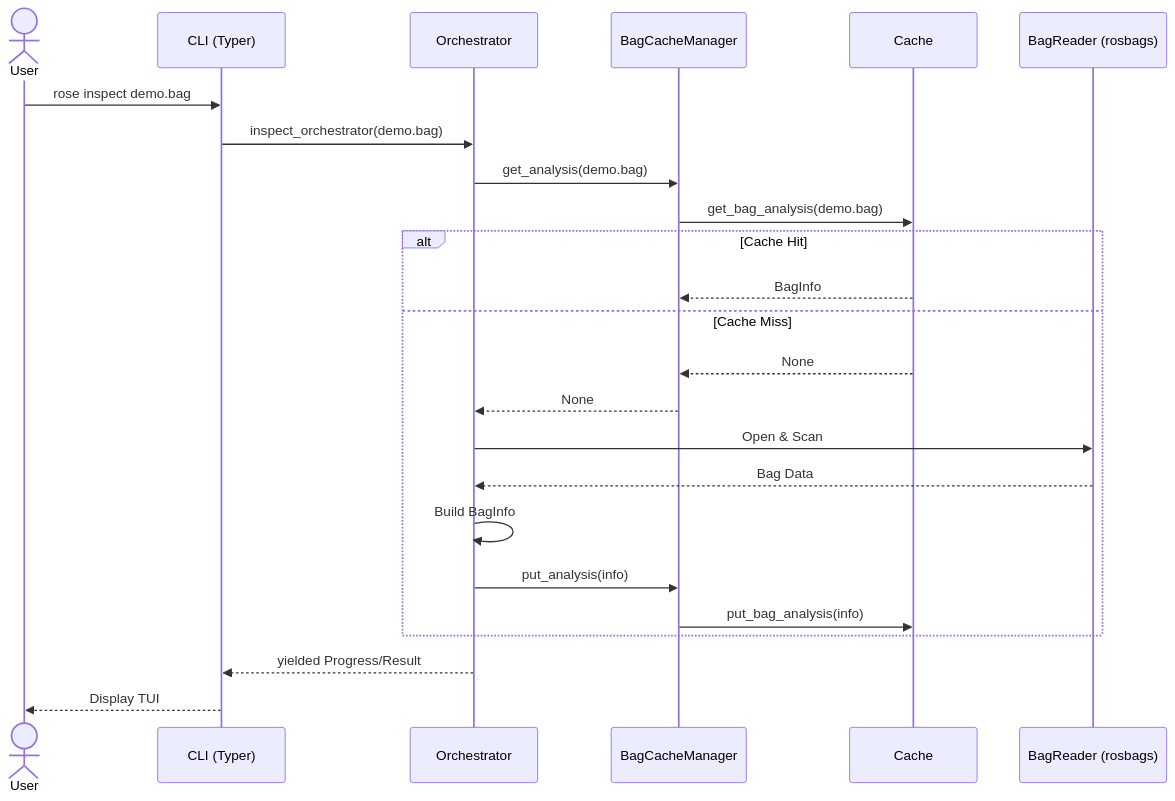
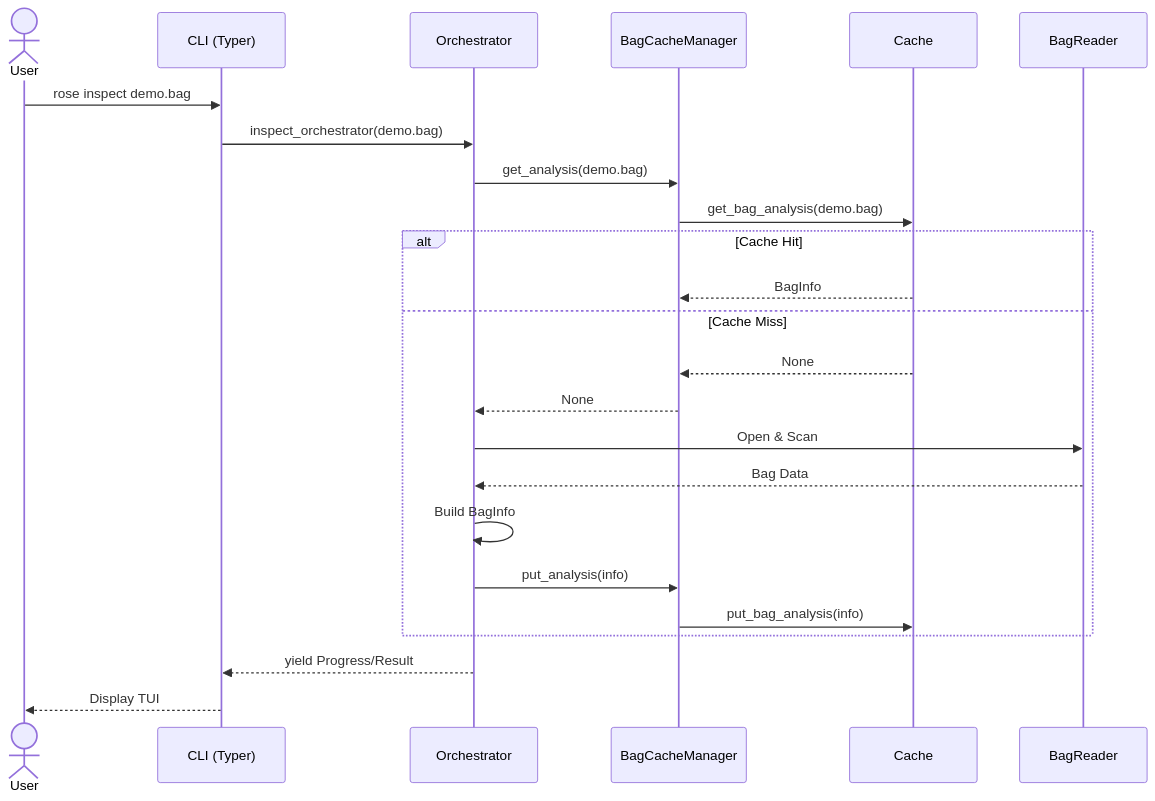
Before and after one commit to hanxiaomax/rose: the fourth of 7 diagrams in docs/design.md, drawn with Mermaid. The commit also changed other lines of this file and 5 other files, not shown here.

````diff
--- a/docs/design.md
+++ b/docs/design.md
@@ -80,29 +140,29 @@
 ```mermaid
 sequenceDiagram
     actor User
     participant CLI as CLI (Typer)
     participant Orch as Orchestrator
     participant Mgr as BagCacheManager
     participant Cache as Cache
-    participant Reader as BagReader (rosbags)
+    participant Reader as BagReader
 
     User->>CLI: rose inspect demo.bag
     CLI->>Orch: inspect_orchestrator(demo.bag)
     Orch->>Mgr: get_analysis(demo.bag)
     Mgr->>Cache: get_bag_analysis(demo.bag)
     
     alt Cache Hit
         Cache-->>Mgr: BagInfo
     else Cache Miss
         Cache-->>Mgr: None
         Mgr-->>Orch: None
         Orch->>Reader: Open & Scan
         Reader-->>Orch: Bag Data
         Orch->>Orch: Build BagInfo
         Orch->>Mgr: put_analysis(info)
         Mgr->>Cache: put_bag_analysis(info)
     end
     
-    Orch-->>CLI: yielded Progress/Result
+    Orch-->>CLI: yield Progress/Result
     CLI-->>User: Display TUI
 ```
````
